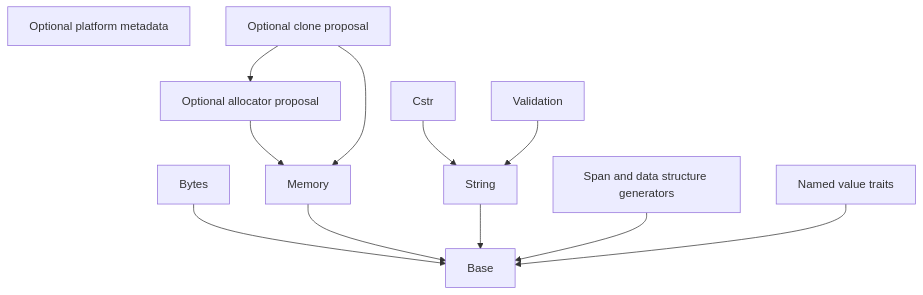
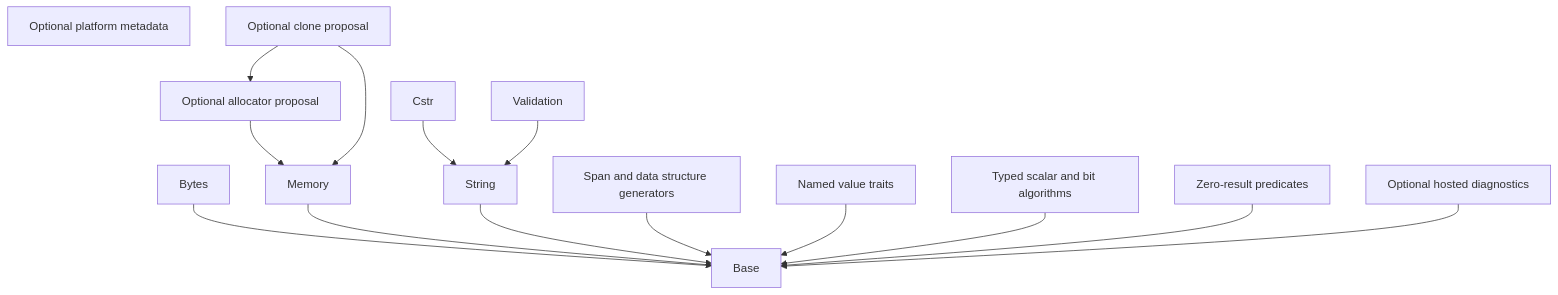
The diagram in docs/architecture/layers.md (JavadMoslehi/hps_framework), drawn with Mermaid before and after one commit. The commit also changed other lines of this file and 44 other files, not shown here.

First line of the commit message:
Migrate utilities and hosted diagnostics; consolidate span generators

````diff
--- a/docs/architecture/layers.md
+++ b/docs/architecture/layers.md
@@ -6,14 +6,17 @@
 ```mermaid
 graph TD
     Bytes --> Base
     Memory --> Base
     String --> Base
     Containers[Span and data structure generators] --> Base
     Enum[Named value traits] --> Base
     Platform[Optional platform metadata]
+    Algorithms[Typed scalar and bit algorithms] --> Base
+    Results[Zero-result predicates] --> Base
+    Hosted[Optional hosted diagnostics] --> Base
     Cstr --> String
     Validation --> String
     Clone[Optional clone proposal] --> Allocator[Optional allocator proposal]
     Allocator --> Memory
     Clone --> Memory
 ```
````
